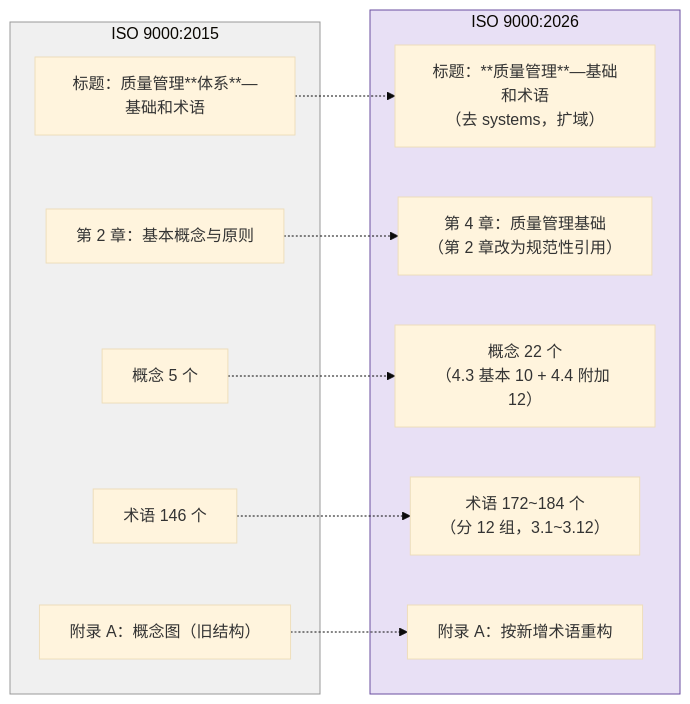
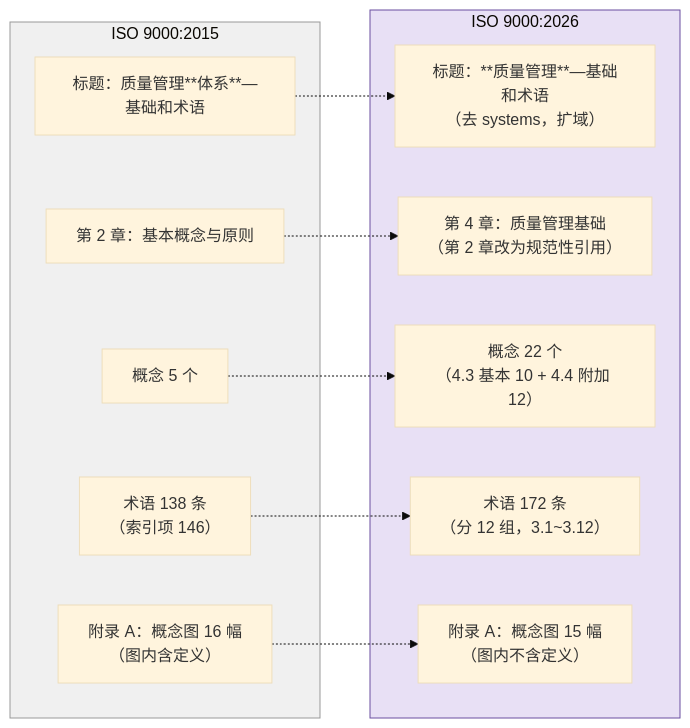
The second of 3 diagrams in 100-subprojects/01-系统工程研究/00-系统工程相关研究报告/26-ISO 9000-2026研究报告-结构与术语框架导航图.md (Yongjunzhou/AOS-system-design), drawn with Mermaid (base theme) before and after one commit. The commit also changed other lines of this file and 38 other files, not shown here.

````diff
--- a/100-subprojects/01-系统工程研究/00-系统工程相关研究报告/26-ISO 9000-2026研究报告-结构与术语框架导航图.md
+++ b/100-subprojects/01-系统工程研究/00-系统工程相关研究报告/26-ISO 9000-2026研究报告-结构与术语框架导航图.md
@@ -167,25 +176,25 @@
 ```mermaid
 graph LR
     subgraph OLD["ISO 9000:2015"]
         O1["标题：质量管理**体系**—基础和术语"]
         O2["第 2 章：基本概念与原则"]
         O3["概念 5 个"]
-        O4["术语 146 个"]
-        O5["附录 A：概念图（旧结构）"]
+        O4["术语 138 条<br/>（索引项 146）"]
+        O5["附录 A：概念图 16 幅<br/>（图内含定义）"]
     end
     subgraph NEW["ISO 9000:2026"]
         N1["标题：**质量管理**—基础和术语<br/>（去 systems，扩域）"]
         N2["第 4 章：质量管理基础<br/>（第 2 章改为规范性引用）"]
         N3["概念 22 个<br/>（4.3 基本 10 + 4.4 附加 12）"]
-        N4["术语 172~184 个<br/>（分 12 组，3.1~3.12）"]
-        N5["附录 A：按新增术语重构"]
+        N4["术语 172 条<br/>（分 12 组，3.1~3.12）"]
+        N5["附录 A：概念图 15 幅<br/>（图内不含定义）"]
     end
     O1 -.-> N1
     O2 -.-> N2
     O3 -.-> N3
     O4 -.-> N4
     O5 -.-> N5
 
     style OLD fill:#f0f0f0,stroke:#999
     style NEW fill:#e8e0f5,stroke:#6b4fa0
 ```
````
